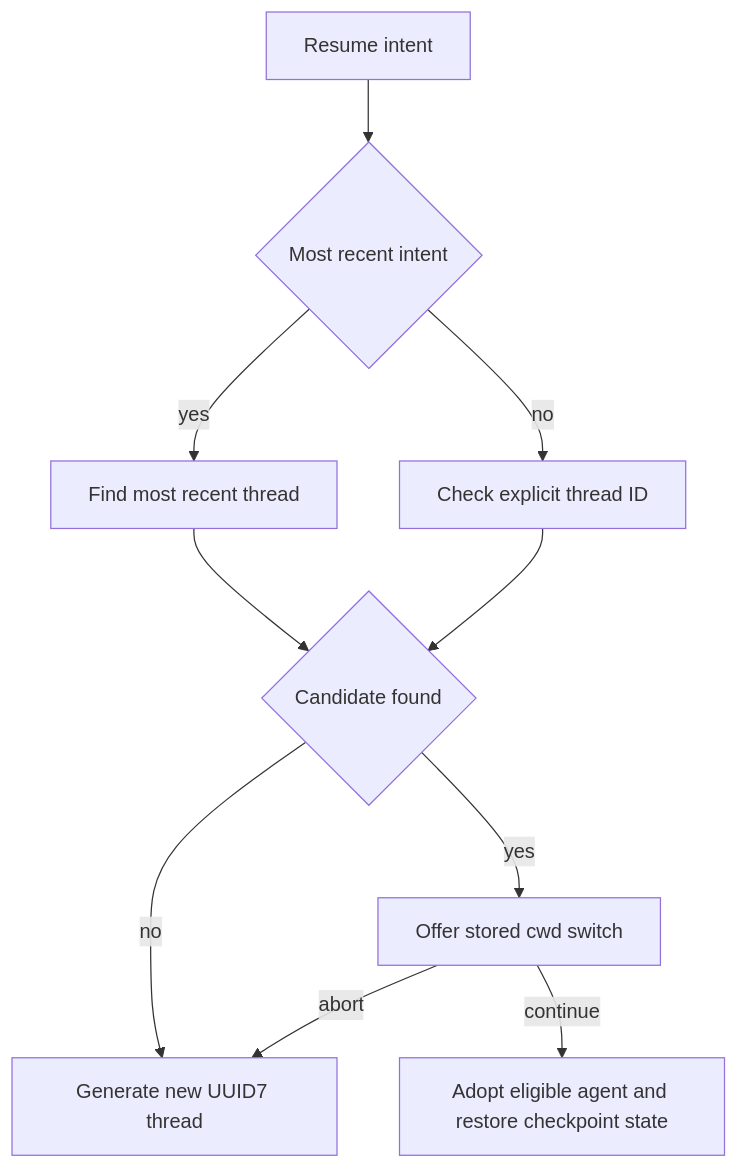
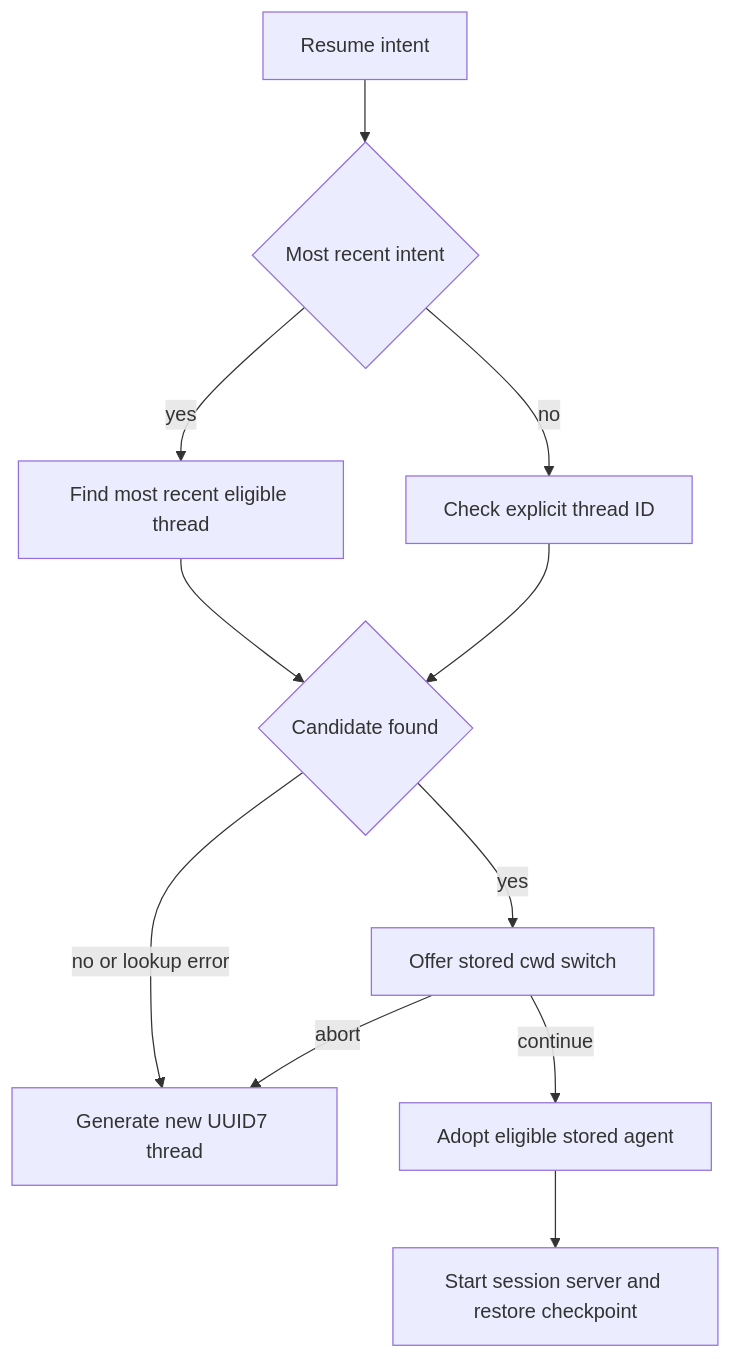
Before and after one commit to langchain-ai/deepagents: the second of 2 diagrams in openwiki/workflows/run-dcode-session.md, drawn with Mermaid. The commit also changed other lines of this file and 31 other files, not shown here.

````diff
--- a/openwiki/workflows/run-dcode-session.md
+++ b/openwiki/workflows/run-dcode-session.md
@@ -101,12 +111,13 @@
 ```mermaid
 flowchart TD
     Intent["Resume intent"] --> Recent{"Most recent intent"}
-    Recent -->|"yes"| Lookup["Find most recent thread"]
-    Recent -->|"no"| Exists["Check explicit thread ID"]
-    Lookup --> Candidate{"Candidate found"}
-    Exists --> Candidate
-    Candidate -->|"no"| NewThread["Generate new UUID7 thread"]
+    Recent -->|"yes"| RecentLookup["Find most recent eligible thread"]
+    Recent -->|"no"| IdLookup["Check explicit thread ID"]
+    RecentLookup --> Candidate{"Candidate found"}
+    IdLookup --> Candidate
+    Candidate -->|"no or lookup error"| NewThread["Generate new UUID7 thread"]
     Candidate -->|"yes"| Cwd["Offer stored cwd switch"]
     Cwd -->|"abort"| NewThread
-    Cwd -->|"continue"| Restore["Adopt eligible agent and restore checkpoint state"]
+    Cwd -->|"continue"| Adopt["Adopt eligible stored agent"]
+    Adopt --> Server["Start session server and restore checkpoint"]
 ```
````
